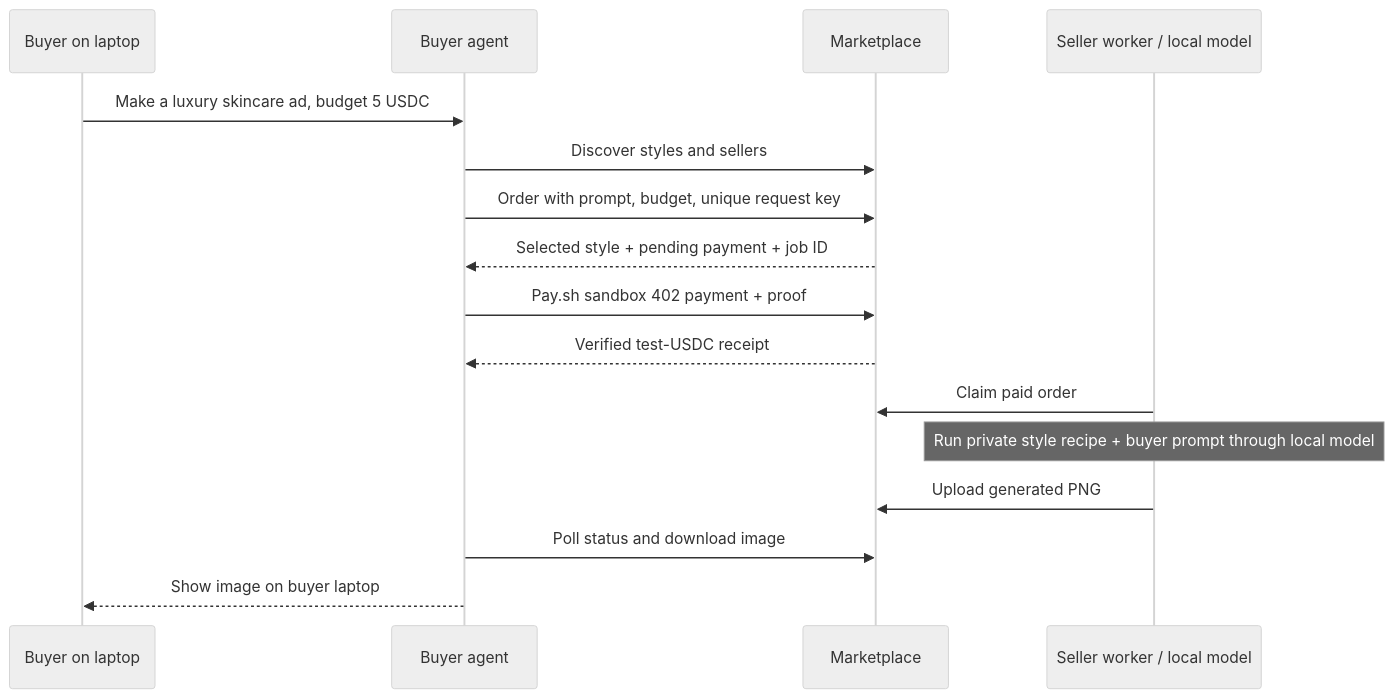
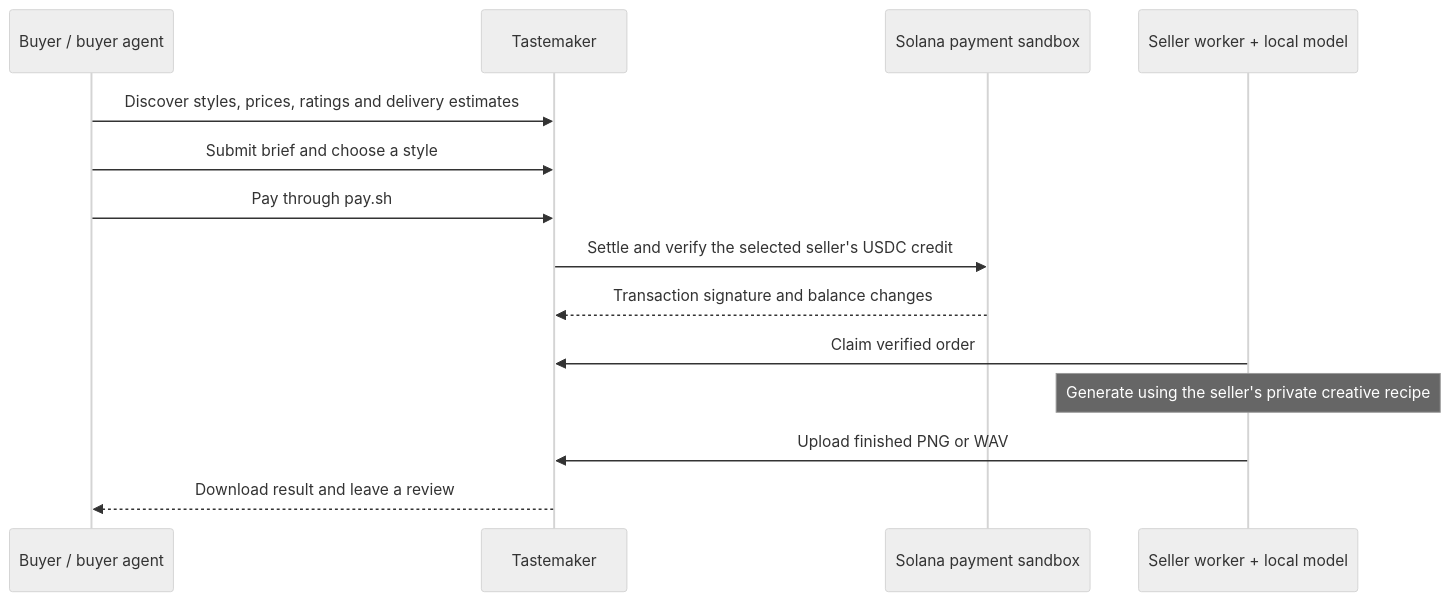
The diagram in README.md (eminaz/MediaMarket), drawn with Mermaid (neutral theme) before and after one commit. The commit also changed other lines of this file and 1 other file, not shown here.

Commit message:
Focus README on hackathon demo and keep engineering docs local

````diff
--- a/README.md
+++ b/README.md
@@ -104,18 +15,16 @@
 ```mermaid
 sequenceDiagram
-    participant User as Buyer on laptop
-    participant Agent as Buyer agent
-    participant Market as Marketplace
-    participant Seller as Seller worker / local model
-    User->>Agent: Make a luxury skincare ad, budget 5 USDC
-    Agent->>Market: Discover styles and sellers
-    Agent->>Market: Order with prompt, budget, unique request key
-    Market-->>Agent: Selected style + pending payment + job ID
-    Agent->>Market: Pay.sh sandbox 402 payment + proof
-    Market-->>Agent: Verified test-USDC receipt
-    Seller->>Market: Claim paid order
-    Note over Seller: Run private style recipe + buyer prompt through local model
-    Seller->>Market: Upload generated PNG
-    Agent->>Market: Poll status and download image
-    Agent-->>User: Show image on buyer laptop
+    participant Buyer as Buyer / buyer agent
+    participant Market as Tastemaker
+    participant Pay as Solana payment sandbox
+    participant Seller as Seller worker + local model
+    Buyer->>Market: Discover styles, prices, ratings and delivery estimates
+    Buyer->>Market: Submit brief and choose a style
+    Buyer->>Market: Pay through pay.sh
+    Market->>Pay: Settle and verify the selected seller's USDC credit
+    Pay-->>Market: Transaction signature and balance changes
+    Seller->>Market: Claim verified order
+    Note over Seller: Generate using the seller's private creative recipe
+    Seller->>Market: Upload finished PNG or WAV
+    Market-->>Buyer: Download result and leave a review
 ```
````
